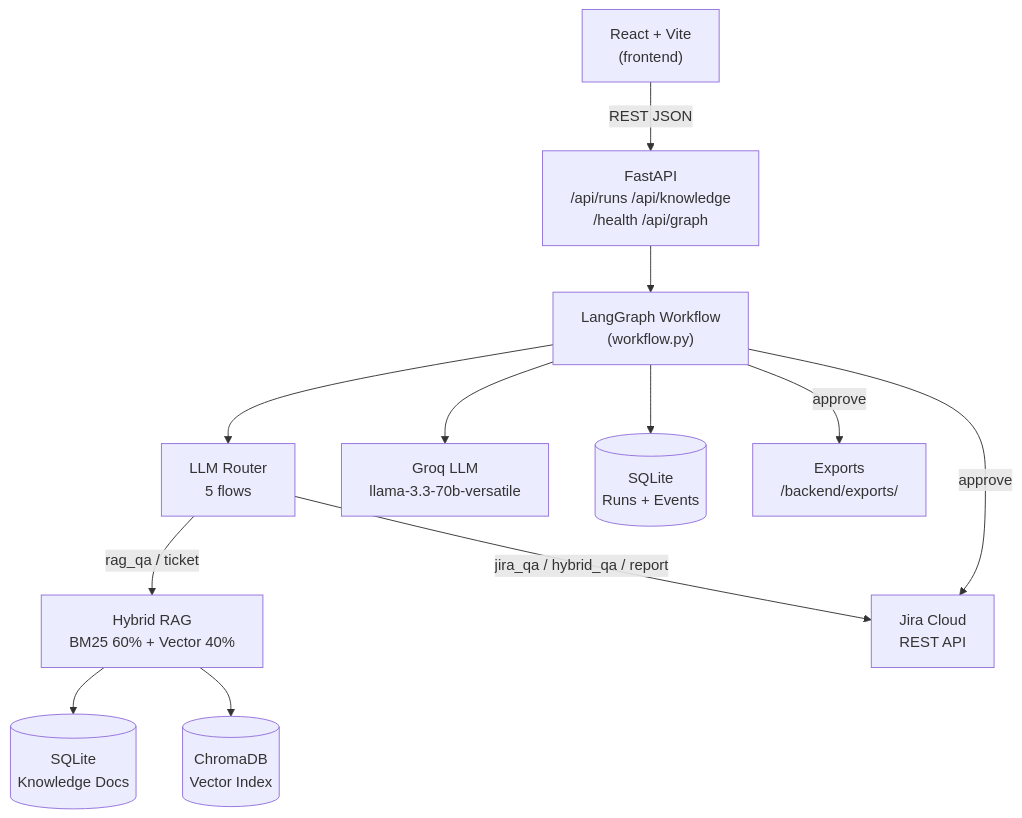
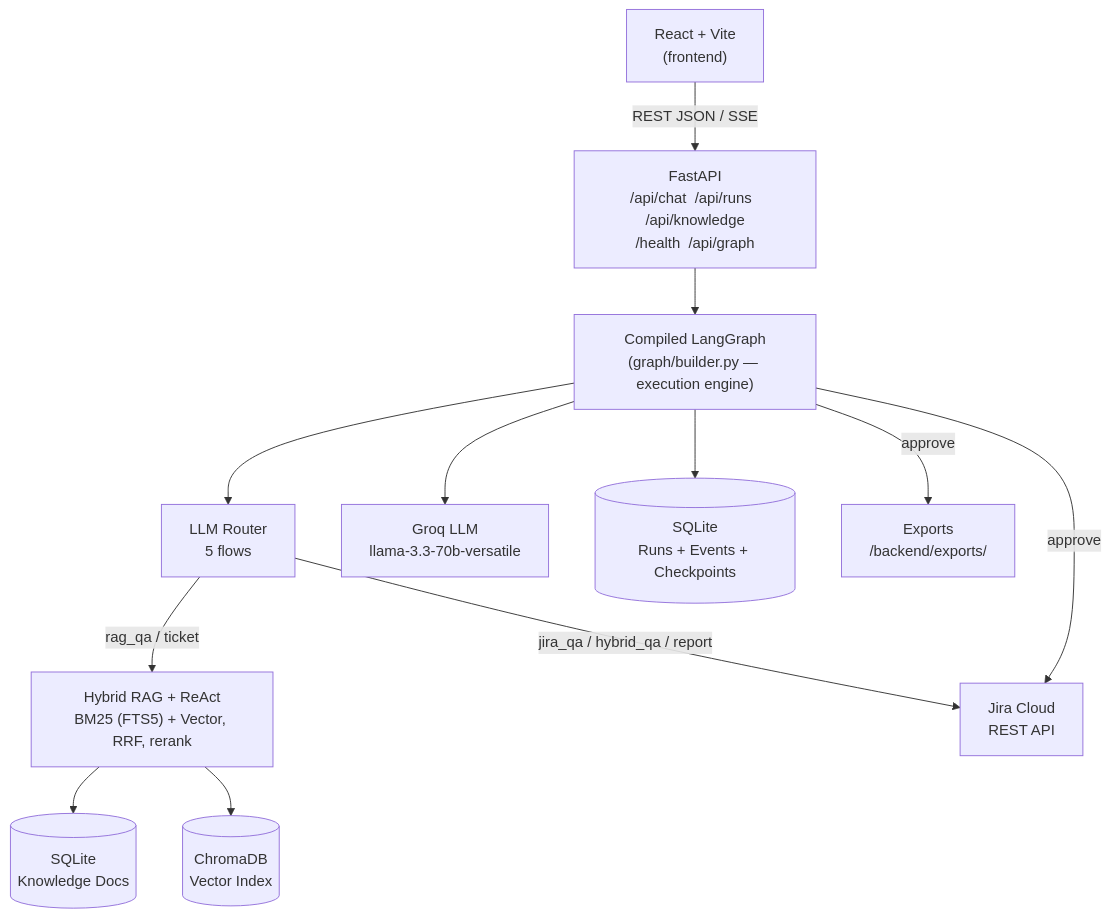
The first of 4 diagrams in README.md (amit2440/jira-ai-agent), drawn with Mermaid before and after one commit. The commit also changed other lines of this file and 31 other files, not shown here.

Commit message:
fix: Docs & Diagrams

````diff
--- a/README.md
+++ b/README.md
@@ -23,26 +23,26 @@
 ```mermaid
 flowchart TB
     Client["React + Vite\n(frontend)"]
-    API["FastAPI\n/api/runs  /api/knowledge\n/health  /api/graph"]
-    Workflow["LangGraph Workflow\n(workflow.py)"]
+    API["FastAPI\n/api/chat  /api/runs  /api/knowledge\n/health  /api/graph"]
+    Graph["Compiled LangGraph\n(graph/builder.py — execution engine)"]
     Router["LLM Router\n5 flows"]
-    RAG["Hybrid RAG\nBM25 60% + Vector 40%"]
+    RAG["Hybrid RAG + ReAct\nBM25 (FTS5) + Vector, RRF, rerank"]
     Knowledge[("SQLite\nKnowledge Docs")]
     Chroma[("ChromaDB\nVector Index")]
     JiraAPI["Jira Cloud\nREST API"]
     LLM["Groq LLM\nllama-3.3-70b-versatile"]
-    SQLite[("SQLite\nRuns + Events")]
+    SQLite[("SQLite\nRuns + Events + Checkpoints")]
     Export["Exports\n/backend/exports/"]
 
-    Client -->|"REST JSON"| API
-    API --> Workflow
-    Workflow --> Router
+    Client -->|"REST JSON / SSE"| API
+    API --> Graph
+    Graph --> Router
     Router -->|rag_qa / ticket| RAG
     RAG --> Knowledge
     RAG --> Chroma
     Router -->|jira_qa / hybrid_qa / report| JiraAPI
-    Workflow --> LLM
-    Workflow -->|approve| JiraAPI
-    Workflow -->|approve| Export
-    Workflow --> SQLite
+    Graph --> LLM
+    Graph -->|approve| JiraAPI
+    Graph -->|approve| Export
+    Graph --> SQLite
 ```
````
